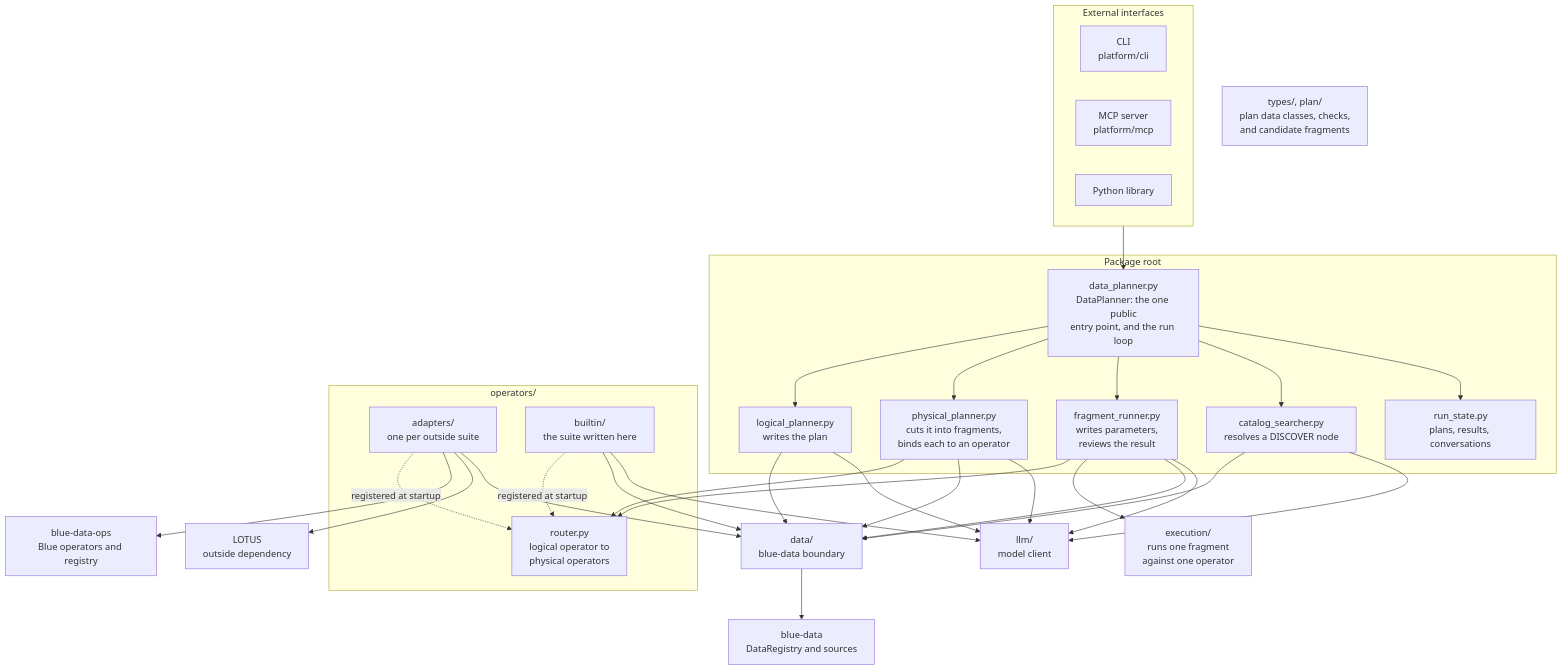
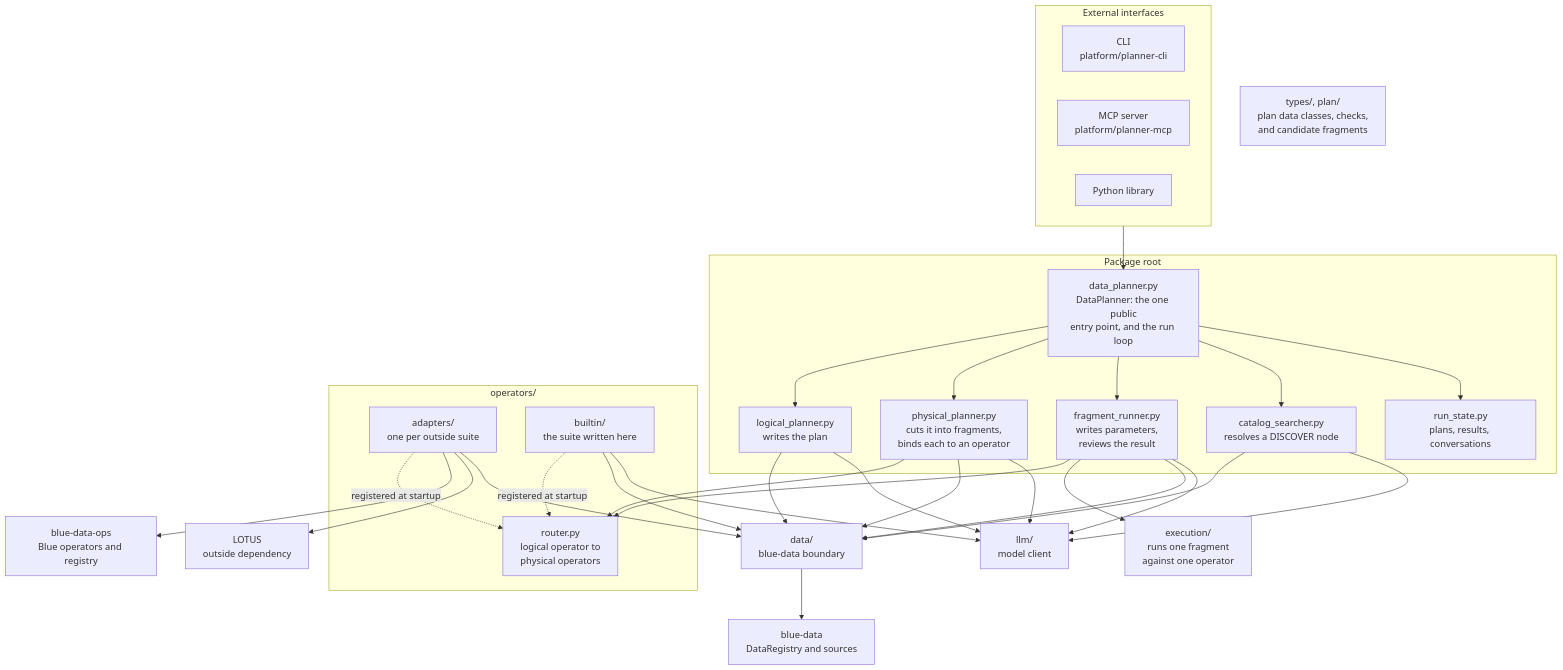
One commit to megagonlabs/blue-data-planner changed the diagram in design/03-high-level-architecture.md. Above: the diagram before and after it, drawn with Mermaid. The commit also changed other lines of this file and 59 other files, not shown here.

Commit message:
Rename MCP and CLI directories as specified in #17

````diff
--- a/design/03-high-level-architecture.md
+++ b/design/03-high-level-architecture.md
@@ -15,59 +15,59 @@
 ```mermaid
 flowchart TB
     subgraph interfaces ["External interfaces"]
-        CLI["CLI<br/>platform/cli"]
-        MCP["MCP server<br/>platform/mcp"]
+        CLI["CLI<br/>platform/planner-cli"]
+        MCP["MCP server<br/>platform/planner-mcp"]
         LIB["Python library"]
     end
 
     subgraph rootbox ["Package root"]
         ENTRY["data_planner.py<br/>DataPlanner: the one public<br/>entry point, and the run loop"]
         LOGICAL["logical_planner.py<br/>writes the plan"]
         PHYSICAL["physical_planner.py<br/>cuts it into fragments,<br/>binds each to an operator"]
         RUNNER["fragment_runner.py<br/>writes parameters,<br/>reviews the result"]
         SEARCH["catalog_searcher.py<br/>resolves a DISCOVER node"]
         STATE["run_state.py<br/>plans, results, conversations"]
     end
 
     EXEC["execution/<br/>runs one fragment<br/>against one operator"]
 
     SHARED["types/, plan/<br/>plan data classes, checks,<br/>and candidate fragments"]
 
     subgraph opsbox ["operators/"]
         ROUTER["router.py<br/>logical operator to<br/>physical operators"]
         ADAPT["adapters/<br/>one per outside suite"]
         BUILTIN["builtin/<br/>the suite written here"]
     end
 
     OPS["blue-data-ops<br/>Blue operators and registry"]
     LOTUS["LOTUS<br/>outside dependency"]
     DATA["data/<br/>blue-data boundary"]
     LLM["llm/<br/>model client"]
     BD["blue-data<br/>DataRegistry and sources"]
 
     interfaces --> ENTRY
     ENTRY --> LOGICAL
     ENTRY --> PHYSICAL
     ENTRY --> RUNNER
     ENTRY --> SEARCH
     ENTRY --> STATE
     PHYSICAL --> ROUTER
     RUNNER --> ROUTER
     RUNNER --> EXEC
     ADAPT -.->|"registered at startup"| ROUTER
     BUILTIN -.->|"registered at startup"| ROUTER
     ADAPT --> OPS
     ADAPT --> LOTUS
     ADAPT --> DATA
     BUILTIN --> DATA
     BUILTIN --> LLM
     LOGICAL --> DATA
     PHYSICAL --> DATA
     RUNNER --> DATA
     SEARCH --> DATA
     LOGICAL --> LLM
     PHYSICAL --> LLM
     RUNNER --> LLM
     SEARCH --> LLM
     DATA --> BD
 ```
````
